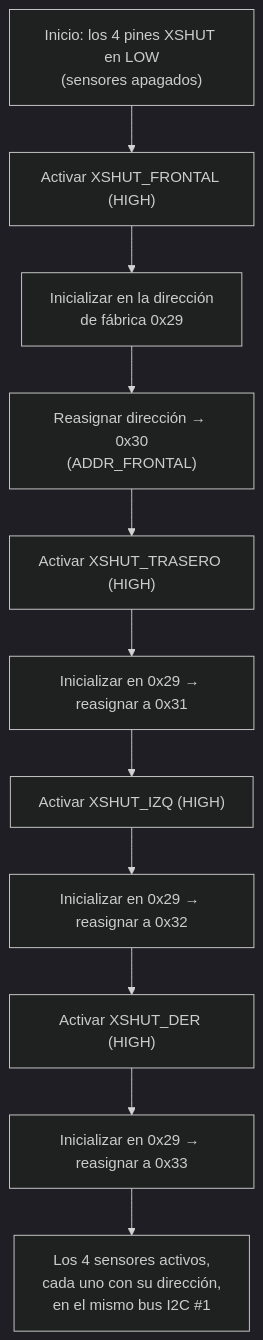
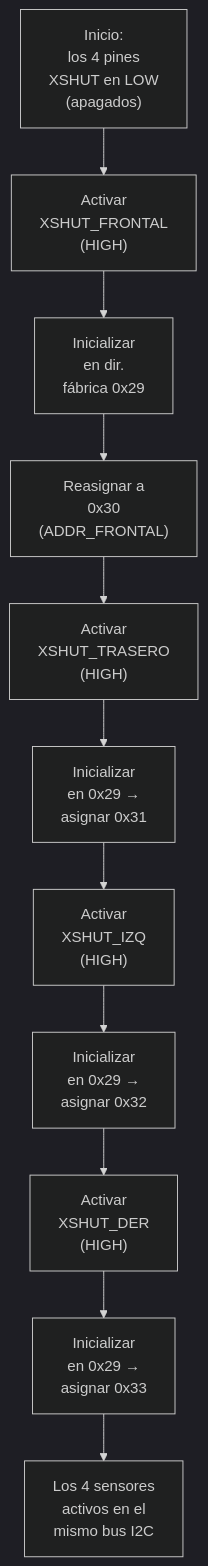
One commit to erchivox/Prometheus-Team-2026 changed the third of 3 diagrams in schemes/README.md. Above: the diagram before and after it, drawn with Mermaid (dark theme). The commit also changed other lines of this file and 3 other files, not shown here.

````diff
--- a/schemes/README.md
+++ b/schemes/README.md
@@ -199,13 +199,13 @@
 ```mermaid
 flowchart TD
-    A["Inicio: los 4 pines XSHUT en LOW<br/>(sensores apagados)"] --> B["Activar XSHUT_FRONTAL (HIGH)"]
-    B --> C["Inicializar en la dirección<br/>de fábrica 0x29"]
-    C --> D["Reasignar dirección → 0x30<br/>(ADDR_FRONTAL)"]
-    D --> E["Activar XSHUT_TRASERO (HIGH)"]
-    E --> F["Inicializar en 0x29 → reasignar a 0x31"]
-    F --> G["Activar XSHUT_IZQ (HIGH)"]
-    G --> H["Inicializar en 0x29 → reasignar a 0x32"]
-    H --> I["Activar XSHUT_DER (HIGH)"]
-    I --> J["Inicializar en 0x29 → reasignar a 0x33"]
-    J --> K["Los 4 sensores activos,<br/>cada uno con su dirección,<br/>en el mismo bus I2C #1"]
+    A["Inicio:<br>los 4 pines<br>XSHUT en LOW<br>(apagados)"] --> B["Activar<br>XSHUT_FRONTAL<br>(HIGH)"]
+    B --> C["Inicializar<br>en dir.<br>fábrica 0x29"]
+    C --> D["Reasignar a<br>0x30<br>(ADDR_FRONTAL)"]
+    D --> E["Activar<br>XSHUT_TRASERO<br>(HIGH)"]
+    E --> F["Inicializar<br>en 0x29 →<br>asignar 0x31"]
+    F --> G["Activar<br>XSHUT_IZQ<br>(HIGH)"]
+    G --> H["Inicializar<br>en 0x29 →<br>asignar 0x32"]
+    H --> I["Activar<br>XSHUT_DER<br>(HIGH)"]
+    I --> J["Inicializar<br>en 0x29 →<br>asignar 0x33"]
+    J --> K["Los 4 sensores<br>activos en el<br>mismo bus I2C"]
 ```
````
